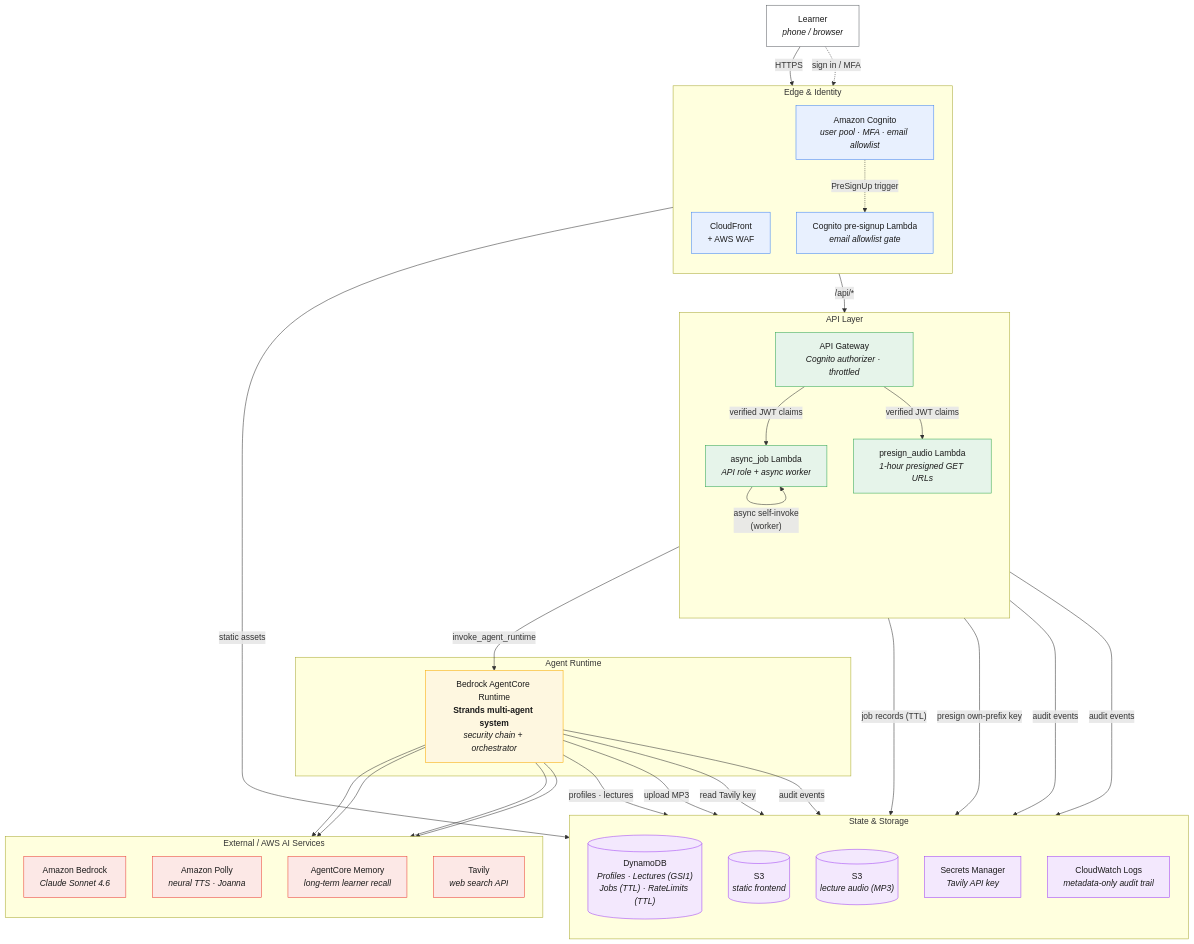
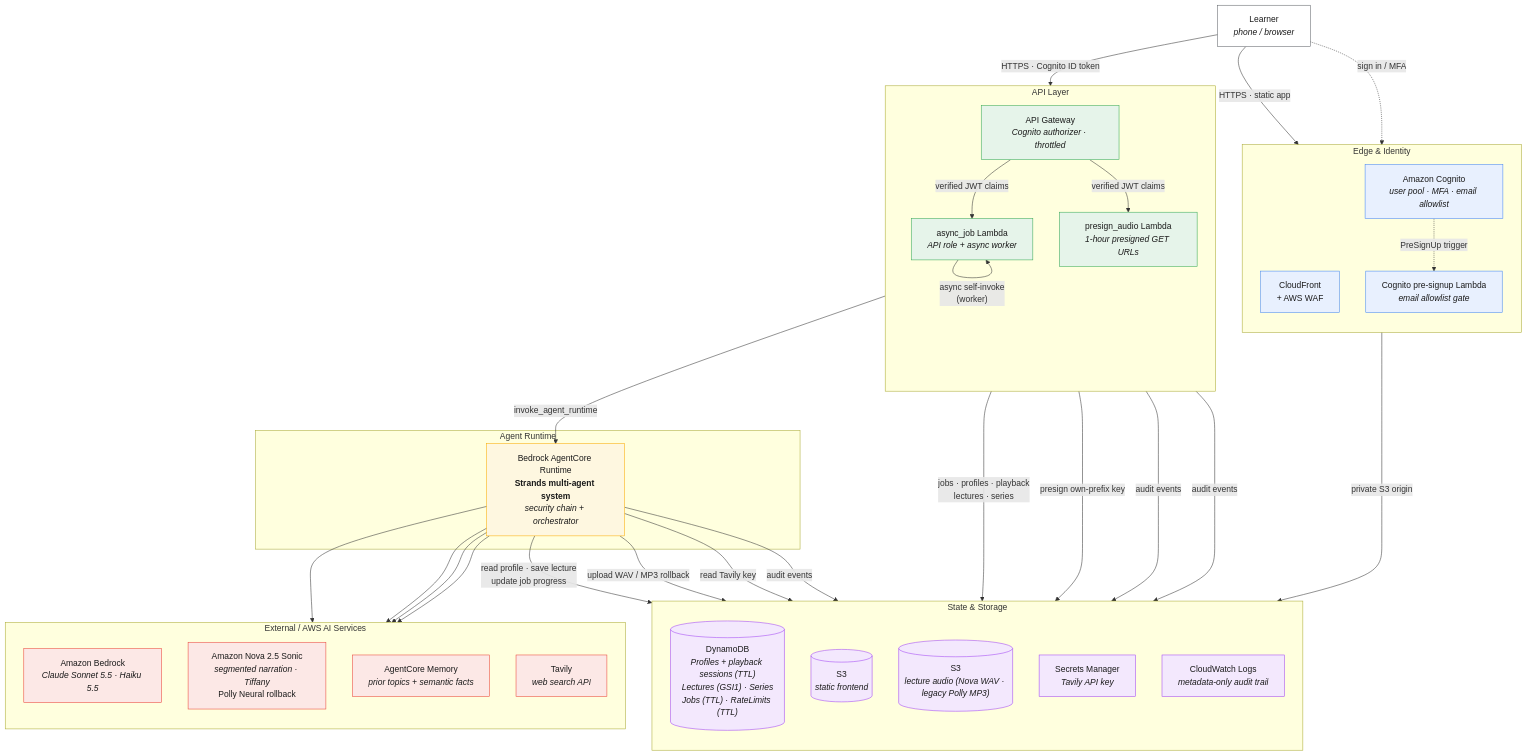
Before and after one commit to pazadeh/agentic-learning-companion: the first of 5 diagrams in ARCHITECTURE.md, drawn with Mermaid. The commit also changed other lines of this file and 31 other files, not shown here.

Commit message:
feat: add Nova Sonic narration and live progress

````diff
--- a/ARCHITECTURE.md
+++ b/ARCHITECTURE.md
@@ -26,77 +29,77 @@
 ```mermaid
 flowchart TB
     user["Learner<br/><i>phone / browser</i>"]
 
     subgraph edge["Edge & Identity"]
         direction TB
         cf["CloudFront<br/>+ AWS WAF"]
         cognito["Amazon Cognito<br/><i>user pool · MFA · email allowlist</i>"]
         presignup["Cognito pre-signup Lambda<br/><i>email allowlist gate</i>"]
     end
 
     subgraph api["API Layer"]
         direction TB
         apigw["API Gateway<br/><i>Cognito authorizer · throttled</i>"]
         asyncjob["async_job Lambda<br/><i>API role + async worker</i>"]
         presign["presign_audio Lambda<br/><i>1-hour presigned GET URLs</i>"]
     end
 
     subgraph compute["Agent Runtime"]
         agentcore["Bedrock AgentCore Runtime<br/><b>Strands multi-agent system</b><br/><i>security chain + orchestrator</i>"]
     end
 
     subgraph data["State & Storage"]
         direction TB
-        ddb[("DynamoDB<br/><i>Profiles · Lectures (GSI1)<br/>Jobs (TTL) · RateLimits (TTL)</i>")]
+        ddb[("DynamoDB<br/><i>Profiles + playback sessions (TTL)<br/>Lectures (GSI1) · Series<br/>Jobs (TTL) · RateLimits (TTL)</i>")]
         s3static[("S3<br/><i>static frontend</i>")]
-        s3audio[("S3<br/><i>lecture audio (MP3)</i>")]
+        s3audio[("S3<br/><i>lecture audio (Nova WAV · legacy Polly MP3)</i>")]
         secrets["Secrets Manager<br/><i>Tavily API key</i>"]
         cw["CloudWatch Logs<br/><i>metadata-only audit trail</i>"]
     end
 
     subgraph ext["External / AWS AI Services"]
         direction TB
-        bedrock["Amazon Bedrock<br/><i>Claude Sonnet 4.6</i>"]
-        polly["Amazon Polly<br/><i>neural TTS · Joanna</i>"]
-        acmemory["AgentCore Memory<br/><i>long-term learner recall</i>"]
+        bedrock["Amazon Bedrock<br/><i>Claude Sonnet 5.5 · Haiku 5.5</i>"]
+        speech["Amazon Nova 2.5 Sonic<br/><i>segmented narration · Tiffany</i><br/>Polly Neural rollback"]
+        acmemory["AgentCore Memory<br/><i>prior topics + semantic facts</i>"]
         tavily["Tavily<br/><i>web search API</i>"]
     end
 
-    user -->|"HTTPS"| cf
-    cf -->|"static assets"| s3static
-    cf -->|"/api/*"| apigw
+    user -->|"HTTPS · static app"| cf
+    cf -->|"private S3 origin"| s3static
+    user -->|"HTTPS · Cognito ID token"| apigw
     user -.->|"sign in / MFA"| cognito
     cognito -.->|"PreSignUp trigger"| presignup
     apigw -->|"verified JWT claims"| asyncjob
     apigw -->|"verified JWT claims"| presign
 
-    asyncjob -->|"job records (TTL)"| ddb
+    asyncjob -->|"jobs · profiles · playback<br/>lectures · series"| ddb
     asyncjob -->|"async self-invoke<br/>(worker)"| asyncjob
     asyncjob -->|"invoke_agent_runtime"| agentcore
     presign -->|"presign own-prefix key"| s3audio
 
     agentcore --> bedrock
-    agentcore --> polly
+    agentcore --> speech
     agentcore --> acmemory
     agentcore --> tavily
-    agentcore -->|"profiles · lectures"| ddb
-    agentcore -->|"upload MP3"| s3audio
+    agentcore -->|"read profile · save lecture<br/>update job progress"| ddb
+    agentcore -->|"upload WAV / MP3 rollback"| s3audio
     agentcore -->|"read Tavily key"| secrets
     agentcore -->|"audit events"| cw
     asyncjob -->|"audit events"| cw
     presign -->|"audit events"| cw
 
     classDef edgeCls fill:#e8f0fe,stroke:#4285f4,color:#1a1a1a;
     classDef apiCls fill:#e6f4ea,stroke:#34a853,color:#1a1a1a;
     classDef computeCls fill:#fef7e0,stroke:#f9ab00,color:#1a1a1a;
     classDef dataCls fill:#f3e8fd,stroke:#a142f4,color:#1a1a1a;
     classDef extCls fill:#fce8e6,stroke:#ea4335,color:#1a1a1a;
     classDef userCls fill:#ffffff,stroke:#5f6368,color:#1a1a1a;
 
     class cf,cognito,presignup edgeCls;
     class apigw,asyncjob,presign apiCls;
     class agentcore computeCls;
     class ddb,s3static,s3audio,secrets,cw dataCls;
-    class bedrock,polly,acmemory,tavily extCls;
+    class bedrock,speech,acmemory,tavily extCls;
     class user userCls;
 ```
````
